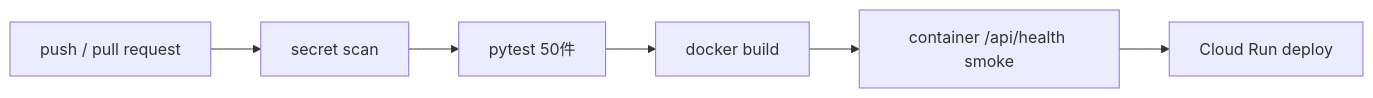
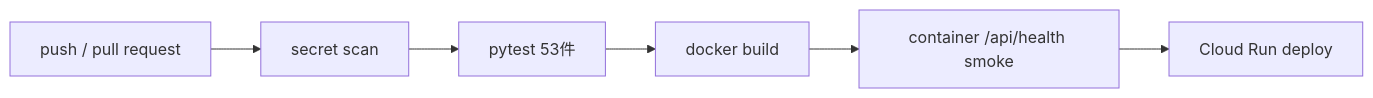
The second of 2 diagrams in docs/protopedia_replacement.md (souzoku-lab/souzoku-shield), drawn with Mermaid before and after one commit. The commit also changed 9 other files, not shown here.

````diff
--- a/docs/protopedia_replacement.md
+++ b/docs/protopedia_replacement.md
@@ -38,8 +38,8 @@
 ```mermaid
 flowchart LR
     P[push / pull request] --> S[secret scan]
-    S --> T[pytest 50件]
+    S --> T[pytest 53件]
     T --> B[docker build]
     B --> H[container /api/health smoke]
     H --> C[Cloud Run deploy]
 ```
````
